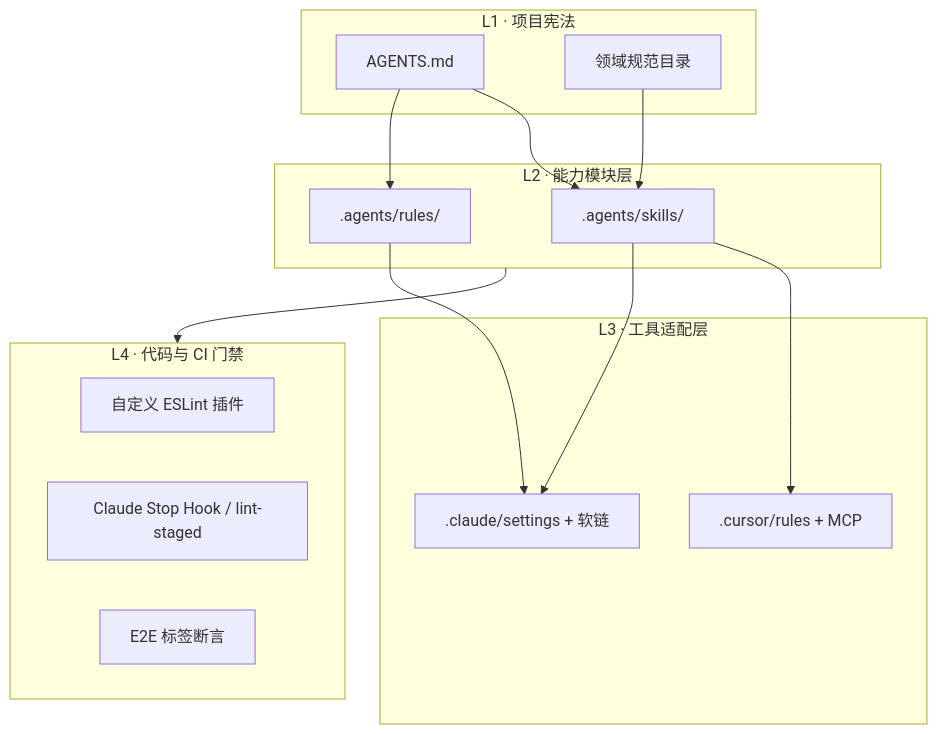
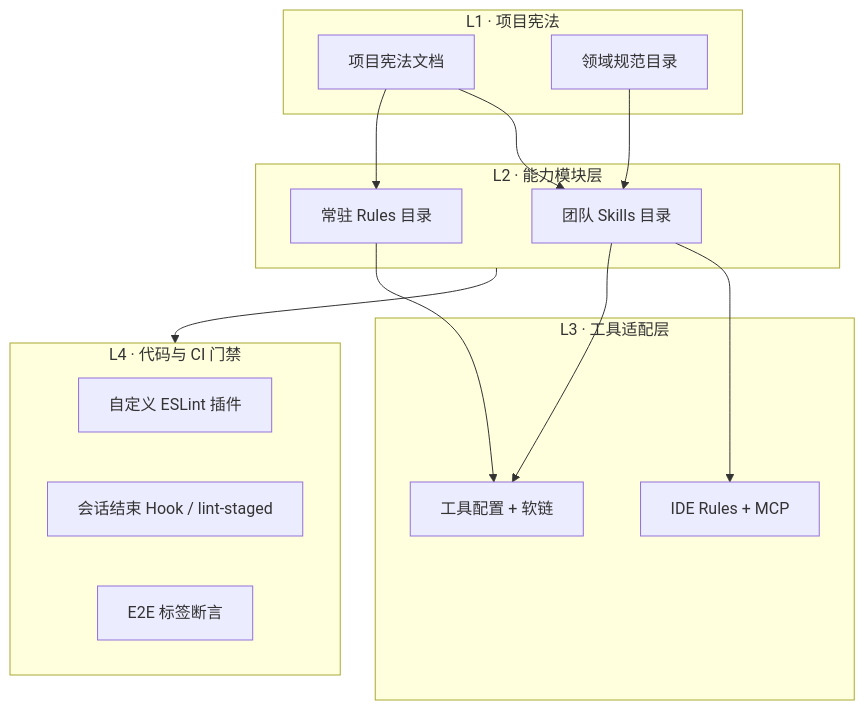
Before and after one commit to Lee-NG915/cBlog: the diagram in content/posts/technical/2026/ai-engineering-harness-practice/index.md, drawn with Mermaid. The commit also changed other lines of this file and 12 other files, not shown here.

````diff
--- a/content/posts/technical/2026/ai-engineering-harness-practice/index.md
+++ b/content/posts/technical/2026/ai-engineering-harness-practice/index.md
@@ -26,27 +26,27 @@
 ```mermaid
 flowchart TB
   subgraph L4["L4 · 代码与 CI 门禁"]
     ESLint["自定义 ESLint 插件"]
-    Hooks["Claude Stop Hook / lint-staged"]
+    Hooks["会话结束 Hook / lint-staged"]
     E2E["E2E 标签断言"]
   end
   subgraph L3["L3 · 工具适配层"]
-    Cursor[".cursor/rules + MCP"]
-    Claude[".claude/settings + 软链"]
+    Cursor["IDE Rules + MCP"]
+    Claude["工具配置 + 软链"]
   end
   subgraph L2["L2 · 能力模块层"]
-    Skills[".agents/skills/"]
-    Rules[".agents/rules/"]
+    Skills["团队 Skills 目录"]
+    Rules["常驻 Rules 目录"]
   end
   subgraph L1["L1 · 项目宪法"]
-    AGENTS["AGENTS.md"]
+    AGENTS["项目宪法文档"]
     AISpec["领域规范目录"]
   end
   AGENTS --> Skills
   AGENTS --> Rules
   Skills --> Cursor
   Skills --> Claude
   Rules --> Claude
   AISpec --> Skills
   L2 --> L4
 ```
````
